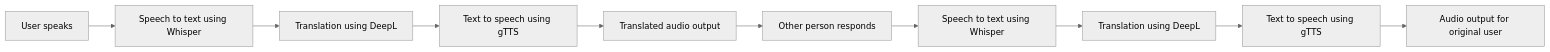
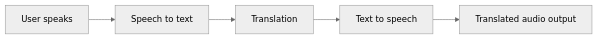
Before and after one commit to rxchtsg/Velo: the first of 2 diagrams in README.md, drawn with Mermaid (neutral theme). The commit also changed other lines of this file, not shown here.

Commit message:
Update README with new documentation files and flowchart

````diff
--- a/README.md
+++ b/README.md
@@ -51,13 +63,7 @@
 ```mermaid
 flowchart LR
-    A[User speaks] --> B[Speech to text using Whisper]
-    B --> C[Translation using DeepL]
-    C --> D[Text to speech using gTTS]
+    A[User speaks] --> B[Speech to text]
+    B --> C[Translation]
+    C --> D[Text to speech]
     D --> E[Translated audio output]
-
-    E --> F[Other person responds]
-    F --> G[Speech to text using Whisper]
-    G --> H[Translation using DeepL]
-    H --> I[Text to speech using gTTS]
-    I --> J[Audio output for original user]
 ```
````
